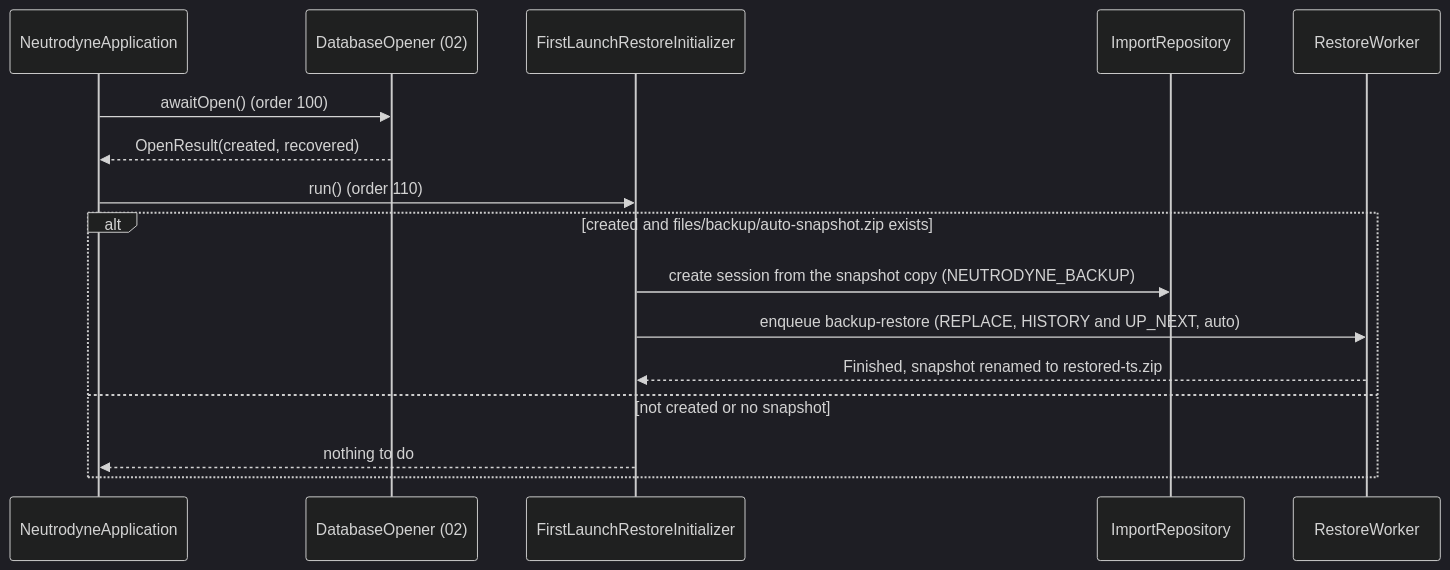
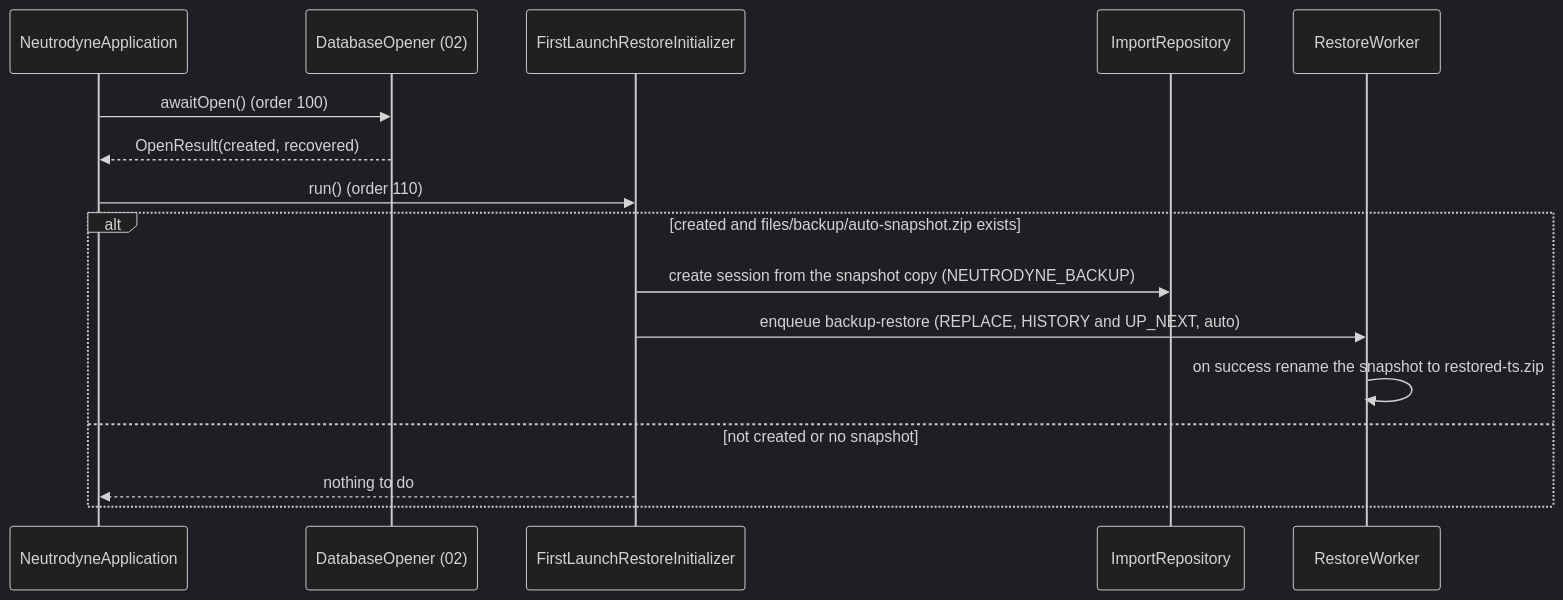
Before and after one commit to BigBoyDevBox/Neutrodyne: the seventh of 8 diagrams in docs/design/05-groups-opml-backup.md, drawn with Mermaid (dark theme). The commit also changed other lines of this file and 3 other files, not shown here.

````diff
--- a/docs/design/05-groups-opml-backup.md
+++ b/docs/design/05-groups-opml-backup.md
@@ -1301,18 +1309,18 @@
 ```mermaid
 sequenceDiagram
   participant A as NeutrodyneApplication
   participant D as DatabaseOpener (02)
   participant F as FirstLaunchRestoreInitializer
   participant I as ImportRepository
   participant W as RestoreWorker
   A->>D: awaitOpen() (order 100)
   D-->>A: OpenResult(created, recovered)
   A->>F: run() (order 110)
   alt created and files/backup/auto-snapshot.zip exists
     F->>I: create session from the snapshot copy (NEUTRODYNE_BACKUP)
     F->>W: enqueue backup-restore (REPLACE, HISTORY and UP_NEXT, auto)
-    W-->>F: Finished, snapshot renamed to restored-ts.zip
+    W->>W: on success rename the snapshot to restored-ts.zip
   else not created or no snapshot
     F-->>A: nothing to do
   end
 ```
````
